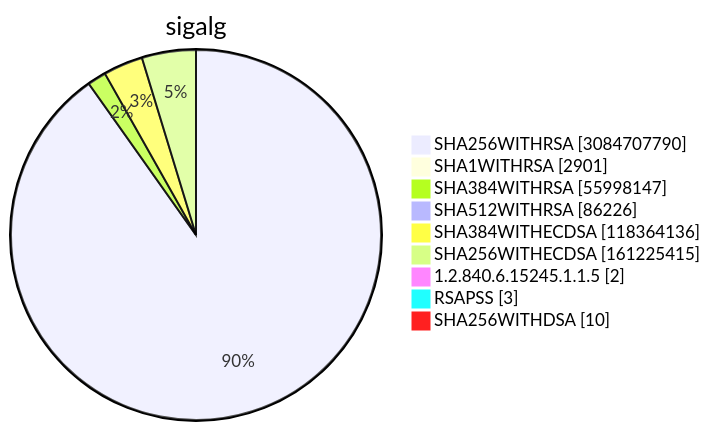
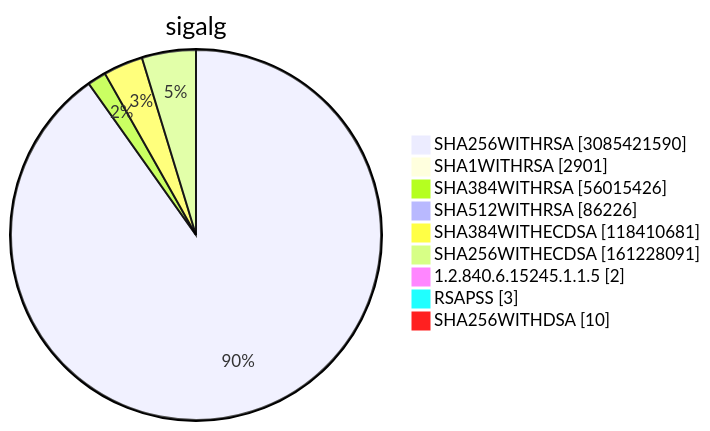
Before and after one commit to christiankrug/ctmonitor_visualization: diagram 15 of 15 in TOTAL/README.md, drawn with Mermaid. The commit also changed other lines of this file, not shown here.

````diff
--- a/TOTAL/README.md
+++ b/TOTAL/README.md
@@ -6210,13 +6210,13 @@
 ```mermaid
 pie showData
 title sigalg
-"SHA256WITHRSA" :3084707790
+"SHA256WITHRSA" :3085421590
 "SHA1WITHRSA" :2901
-"SHA384WITHRSA" :55998147
+"SHA384WITHRSA" :56015426
 "SHA512WITHRSA" :86226
-"SHA384WITHECDSA" :118364136
-"SHA256WITHECDSA" :161225415
+"SHA384WITHECDSA" :118410681
+"SHA256WITHECDSA" :161228091
 "1.2.840.6.15245.1.1.5" :2
 "RSAPSS" :3
 "SHA256WITHDSA" :10
 ```
````
